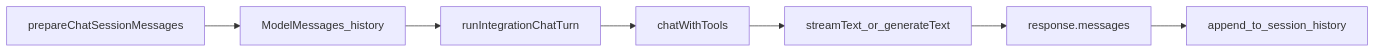
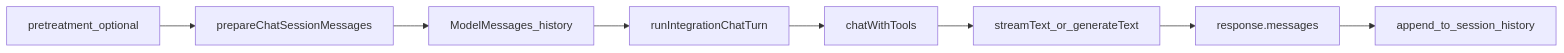
Before and after one commit to kshehadeh/toby: the diagram in docs/chat-pipeline.md, drawn with Mermaid. The commit also changed other lines of this file and 1 other file, not shown here.

First line of the commit message:
docs(chat): document pretreatment and tool feedback

````diff
--- a/docs/chat-pipeline.md
+++ b/docs/chat-pipeline.md
@@ -7,9 +7,10 @@
 ```mermaid
 flowchart LR
-prepare[prepareChatSessionMessages] --> messages[ModelMessages_history]
+pretreat[pretreatment_optional] --> prepare[prepareChatSessionMessages]
+prepare --> messages[ModelMessages_history]
 messages --> runTurn[runIntegrationChatTurn]
 runTurn --> chatWithTools[chatWithTools]
 chatWithTools --> modelCall[streamText_or_generateText]
 modelCall --> responseMsgs[response.messages]
 responseMsgs --> store[append_to_session_history]
 ```
````
